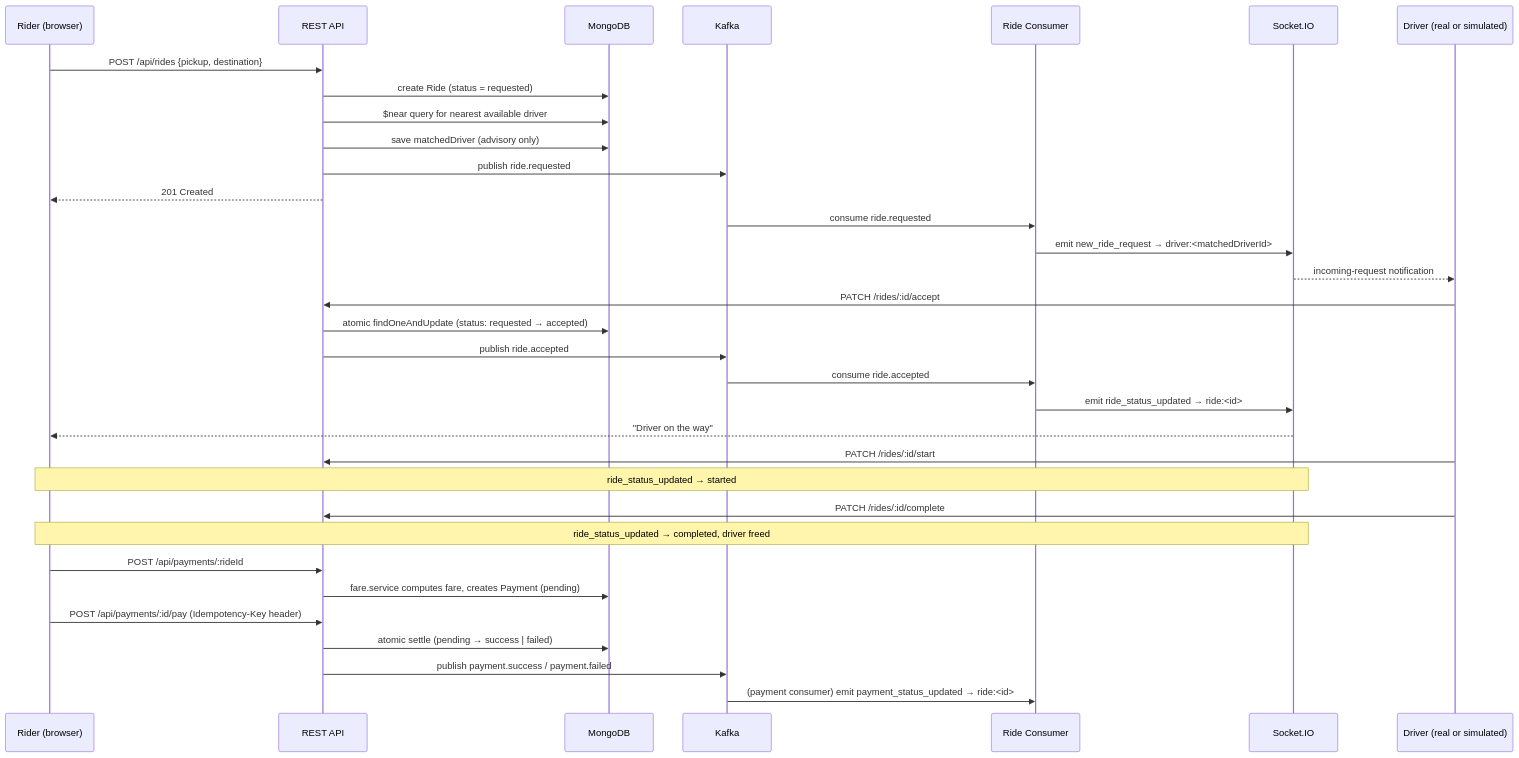
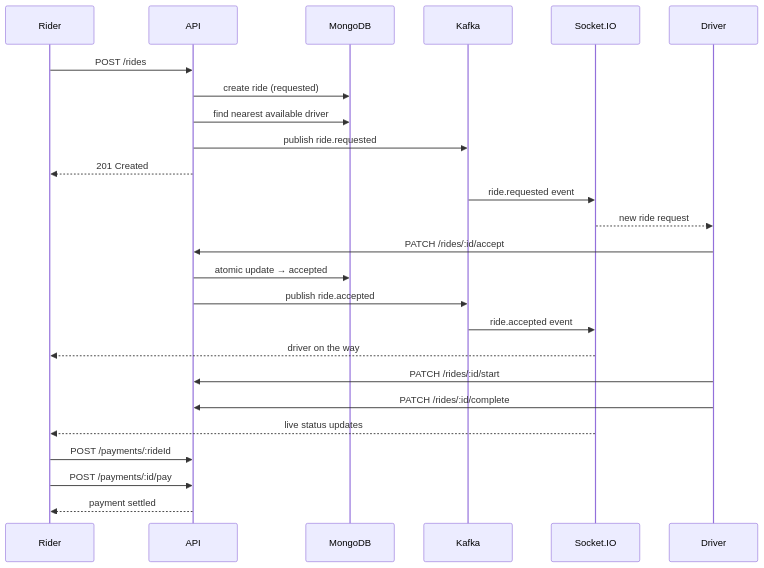
Before and after one commit to Preksha-Patel1/RideSync: the second of 4 diagrams in README.md, drawn with Mermaid. The commit also changed other lines of this file, not shown here.

````diff
--- a/README.md
+++ b/README.md
@@ -60,40 +43,32 @@
 ```mermaid
 sequenceDiagram
-    participant R as Rider (browser)
-    participant API as REST API
+    participant Rider
+    participant API
     participant DB as MongoDB
-    participant K as Kafka
-    participant C as Ride Consumer
+    participant Kafka
     participant WS as Socket.IO
-    participant D as Driver (real or simulated)
+    participant Driver
 
-    R->>API: POST /api/rides {pickup, destination}
-    API->>DB: create Ride (status = requested)
-    API->>DB: $near query for nearest available driver
-    API->>DB: save matchedDriver (advisory only)
-    API->>K: publish ride.requested
-    API-->>R: 201 Created
+    Rider->>API: POST /rides
+    API->>DB: create ride (requested)
+    API->>DB: find nearest available driver
+    API->>Kafka: publish ride.requested
+    API-->>Rider: 201 Created
 
-    K->>C: consume ride.requested
-    C->>WS: emit new_ride_request → driver:<matchedDriverId>
-    WS-->>D: incoming-request notification
+    Kafka->>WS: ride.requested event
+    WS-->>Driver: new ride request
 
-    D->>API: PATCH /rides/:id/accept
-    API->>DB: atomic findOneAndUpdate (status: requested → accepted)
-    API->>K: publish ride.accepted
-    K->>C: consume ride.accepted
-    C->>WS: emit ride_status_updated → ride:<id>
-    WS-->>R: "Driver on the way"
+    Driver->>API: PATCH /rides/:id/accept
+    API->>DB: atomic update → accepted
+    API->>Kafka: publish ride.accepted
+    Kafka->>WS: ride.accepted event
+    WS-->>Rider: driver on the way
 
-    D->>API: PATCH /rides/:id/start
-    Note over WS,R: ride_status_updated → started
-    D->>API: PATCH /rides/:id/complete
-    Note over WS,R: ride_status_updated → completed, driver freed
+    Driver->>API: PATCH /rides/:id/start
+    Driver->>API: PATCH /rides/:id/complete
+    WS-->>Rider: live status updates
 
-    R->>API: POST /api/payments/:rideId
-    API->>DB: fare.service computes fare, creates Payment (pending)
-    R->>API: POST /api/payments/:id/pay (Idempotency-Key header)
-    API->>DB: atomic settle (pending → success | failed)
-    API->>K: publish payment.success / payment.failed
-    K->>C: (payment consumer) emit payment_status_updated → ride:<id>
+    Rider->>API: POST /payments/:rideId
+    Rider->>API: POST /payments/:id/pay
+    API-->>Rider: payment settled
 ```
````
